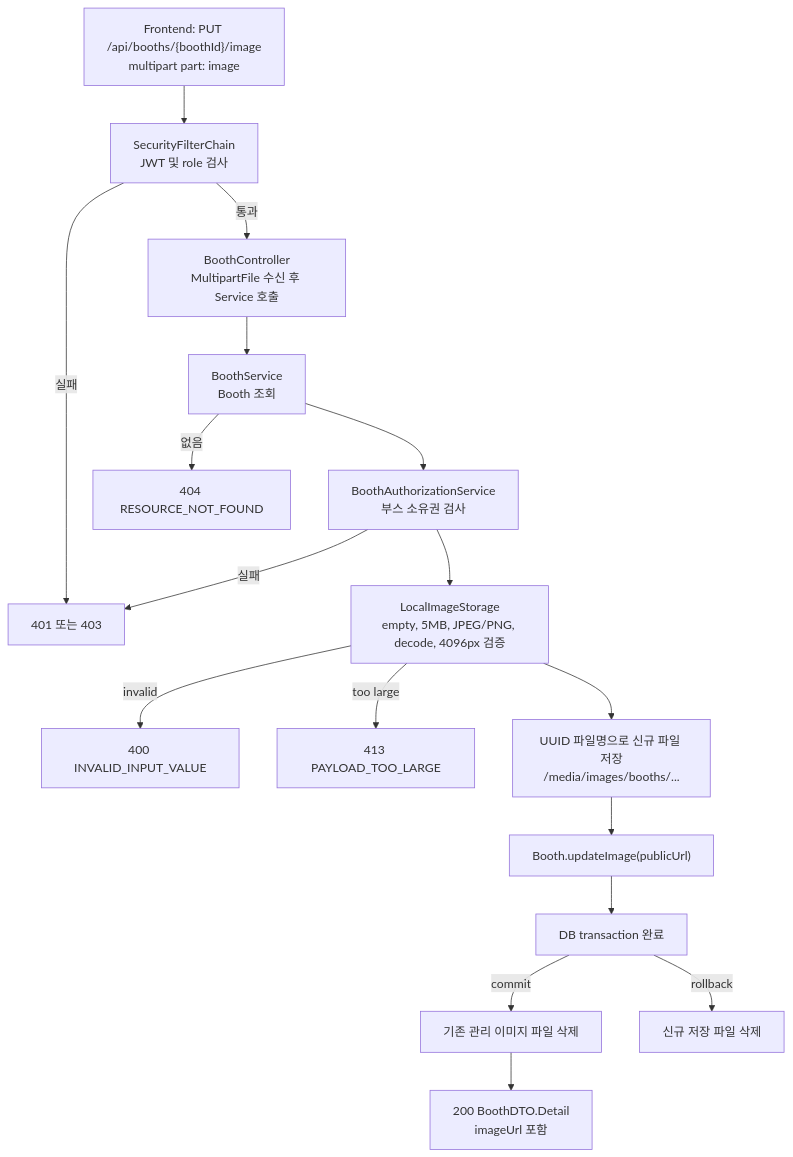
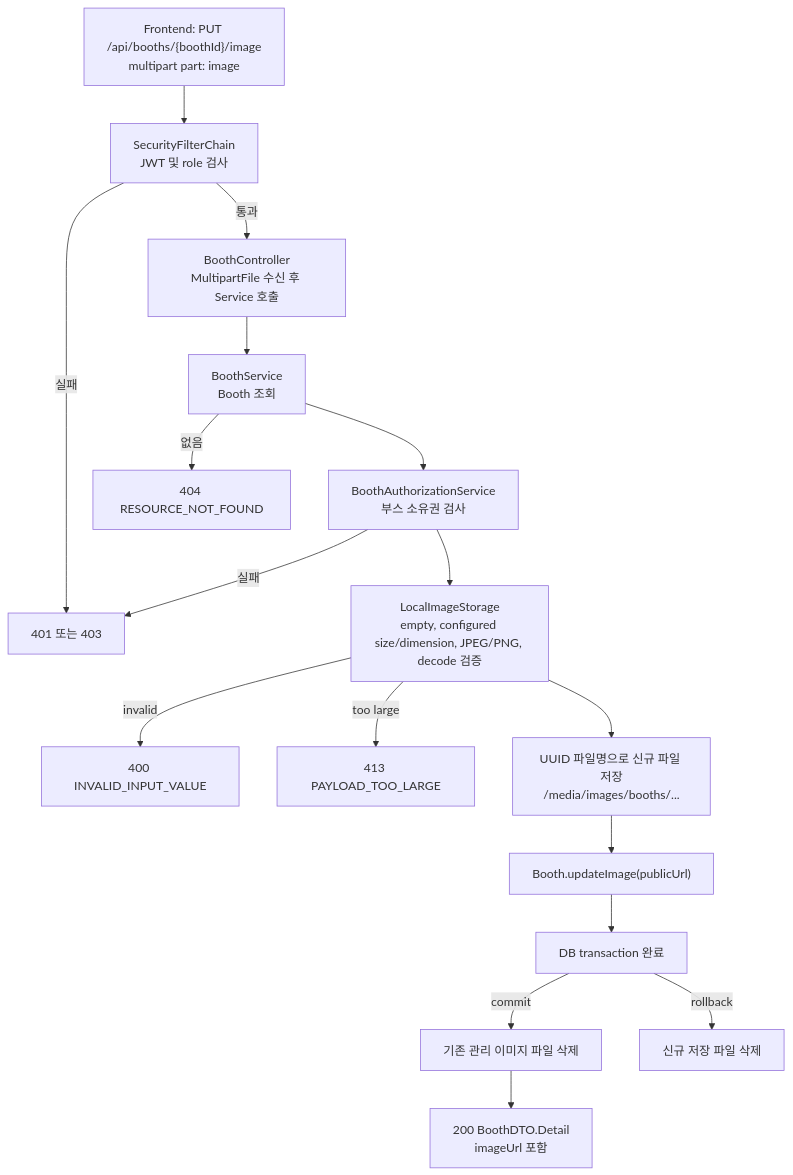
The diagram in docs/IMPLEMENTATION_PLAN.md (Festi-app/Festi-backend), drawn with Mermaid before and after one commit. The commit also changed other lines of this file and 9 other files, not shown here.

````diff
--- a/docs/IMPLEMENTATION_PLAN.md
+++ b/docs/IMPLEMENTATION_PLAN.md
@@ -589,19 +589,19 @@
 ```mermaid
 flowchart TD
     A["Frontend: PUT /api/booths/{boothId}/image<br/>multipart part: image"] --> B["SecurityFilterChain<br/>JWT 및 role 검사"]
     B -->|실패| X["401 또는 403"]
     B -->|통과| C["BoothController<br/>MultipartFile 수신 후 Service 호출"]
     C --> D["BoothService<br/>Booth 조회"]
     D -->|없음| Y["404 RESOURCE_NOT_FOUND"]
     D --> E["BoothAuthorizationService<br/>부스 소유권 검사"]
     E -->|실패| X
-    E --> F["LocalImageStorage<br/>empty, 5MB, JPEG/PNG, decode, 4096px 검증"]
+    E --> F["LocalImageStorage<br/>empty, configured size/dimension, JPEG/PNG, decode 검증"]
     F -->|invalid| Z["400 INVALID_INPUT_VALUE"]
     F -->|too large| W["413 PAYLOAD_TOO_LARGE"]
     F --> G["UUID 파일명으로 신규 파일 저장<br/>/media/images/booths/..."]
     G --> H["Booth.updateImage(publicUrl)"]
     H --> I["DB transaction 완료"]
     I -->|commit| J["기존 관리 이미지 파일 삭제"]
     I -->|rollback| K["신규 저장 파일 삭제"]
     J --> L["200 BoothDTO.Detail<br/>imageUrl 포함"]
 ```
````
